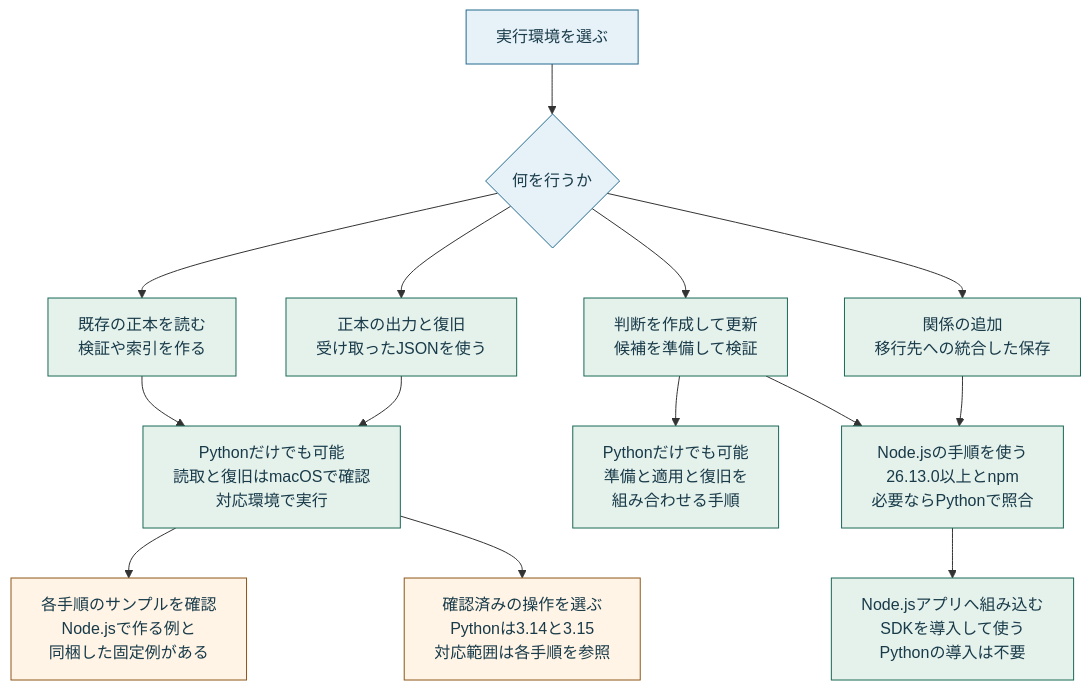
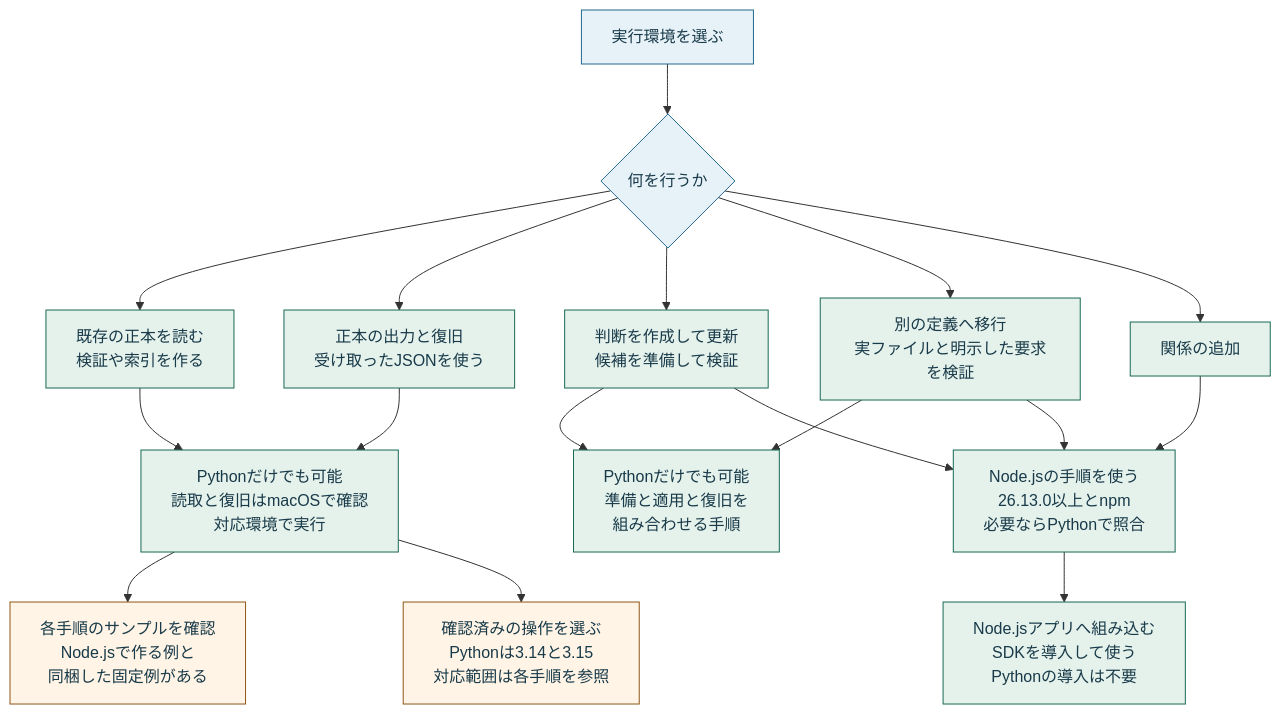
Before and after one commit to koukemo/morivyx: the diagram in docs/diagrams/runtime-choice.mmd, drawn with Mermaid. The commit also changed 13 other files, not shown here.

```diff
--- a/docs/diagrams/runtime-choice.mmd
+++ b/docs/diagrams/runtime-choice.mmd
@@ -1,20 +1,23 @@
 flowchart TB
   A["実行環境を選ぶ"] --> B{"何を行うか"}
   B --> C["既存の正本を読む<br/>検証や索引を作る"]
   B --> D["正本の出力と復旧<br/>受け取ったJSONを使う"]
   B --> K["判断を作成して更新<br/>候補を準備して検証"]
   K --> L["Pythonだけでも可能<br/>準備と適用と復旧を<br/>組み合わせる手順"]
   K --> G
-  B --> E["関係の追加<br/>移行先への統合した保存"]
+  B --> M["別の定義へ移行<br/>実ファイルと明示した要求を検証"]
+  M --> L
+  M --> G
+  B --> E["関係の追加"]
   C --> F["Pythonだけでも可能<br/>読取と復旧はmacOSで確認<br/>対応環境で実行"]
   D --> F
   E --> G["Node.jsの手順を使う<br/>26.13.0以上とnpm<br/>必要ならPythonで照合"]
   F --> H["各手順のサンプルを確認<br/>Node.jsで作る例と<br/>同梱した固定例がある"]
   G --> I["Node.jsアプリへ組み込む<br/>SDKを導入して使う<br/>Pythonの導入は不要"]
   F --> J["確認済みの操作を選ぶ<br/>Pythonは3.14と3.15<br/>対応範囲は各手順を参照"]
   classDef route fill:#e7f2f8,stroke:#236b8e,color:#183a49
   classDef action fill:#e5f1eb,stroke:#196956,color:#183a49
   classDef scope fill:#fff4e6,stroke:#8d5618,color:#183a49
   class A,B route
-  class C,D,E,F,G,I,K,L action
+  class C,D,E,F,G,I,K,L,M action
   class H,J scope
```
